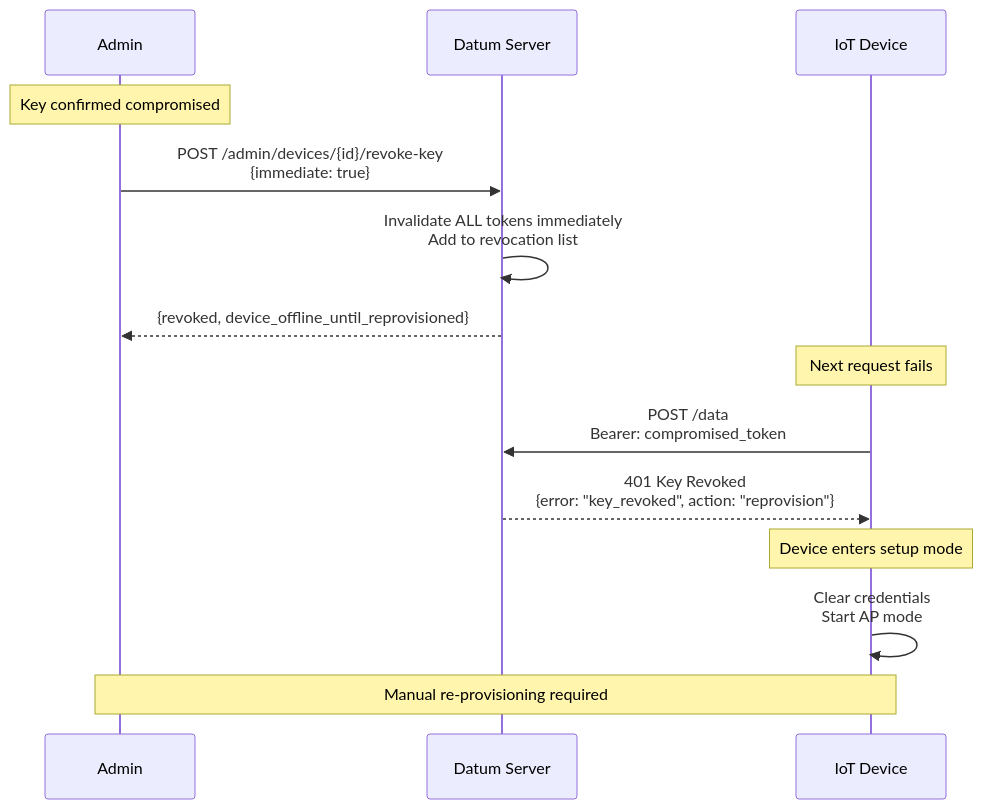
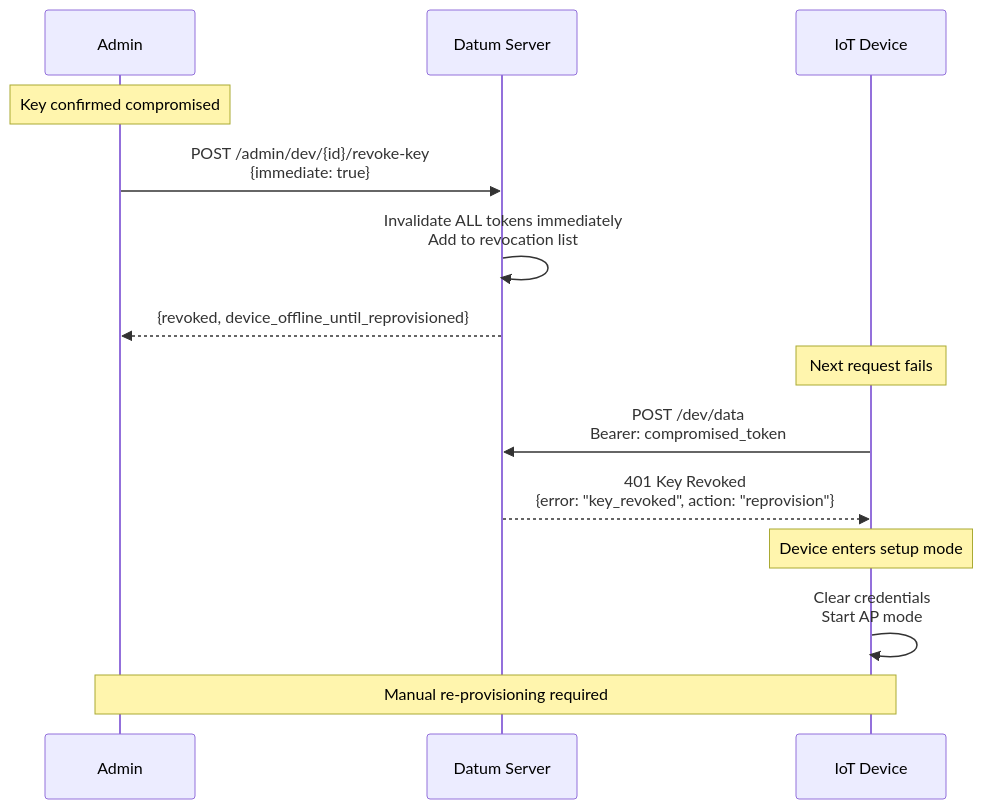
The tenth of 11 diagrams in docs/diagrams/API_KEY_SECURITY.md (tevfik/datum-server), drawn with Mermaid before and after one commit. The commit also changed other lines of this file and 61 other files, not shown here.

````diff
--- a/docs/diagrams/API_KEY_SECURITY.md
+++ b/docs/diagrams/API_KEY_SECURITY.md
@@ -304,21 +304,21 @@
 ```mermaid
 sequenceDiagram
     participant Admin as Admin
     participant Server as Datum Server
     participant Device as IoT Device
     
     Note over Admin: Key confirmed compromised
-    Admin->>Server: POST /admin/devices/{id}/revoke-key<br/>{immediate: true}
+    Admin->>Server: POST /admin/dev/{id}/revoke-key<br/>{immediate: true}
     
     Server->>Server: Invalidate ALL tokens immediately<br/>Add to revocation list
     Server-->>Admin: {revoked, device_offline_until_reprovisioned}
     
     Note over Device: Next request fails
-    Device->>Server: POST /data<br/>Bearer: compromised_token
+    Device->>Server: POST /dev/data<br/>Bearer: compromised_token
     Server-->>Device: 401 Key Revoked<br/>{error: "key_revoked", action: "reprovision"}
     
     Note over Device: Device enters setup mode
     Device->>Device: Clear credentials<br/>Start AP mode
     
     Note over Admin,Device: Manual re-provisioning required
 ```
````
